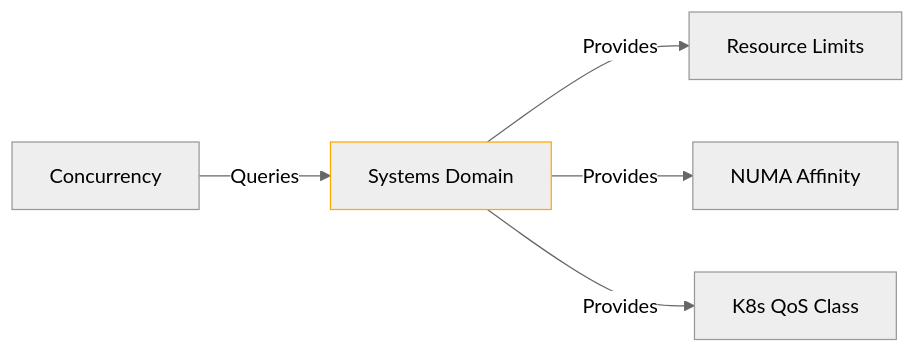
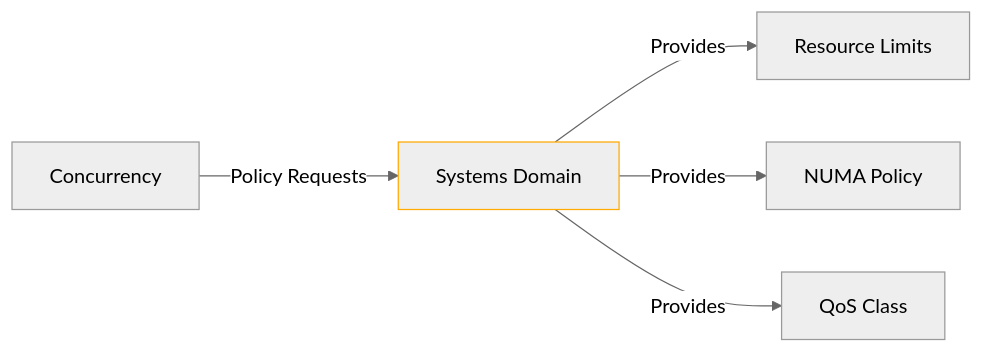
One commit to lenaxia/openkore changed the second of 2 diagrams in goKore/01-Concurrency/01-ConcurrencyCore/DOMAIN.md. Above: the diagram before and after it, drawn with Mermaid (neutral theme). The commit also changed other lines of this file and 2 other files, not shown here.

Commit message:
refactor: align concurrency core with systems domain integration and remove k8s specifics

````diff
--- a/goKore/01-Concurrency/01-ConcurrencyCore/DOMAIN.md
+++ b/goKore/01-Concurrency/01-ConcurrencyCore/DOMAIN.md
@@ -149,8 +149,8 @@
    ```mermaid
    graph LR
-       A[Concurrency] -->|Queries| B[Systems Domain]
+       A[Concurrency] -->|Policy Requests| B[Systems Domain]
        B -->|Provides| C[Resource Limits]
-       B -->|Provides| D[NUMA Affinity]
-       B -->|Provides| E[K8s QoS Class]
+       B -->|Provides| D[NUMA Policy]
+       B -->|Provides| E[QoS Class]
        style B stroke:#ffaa00
    ```
````
